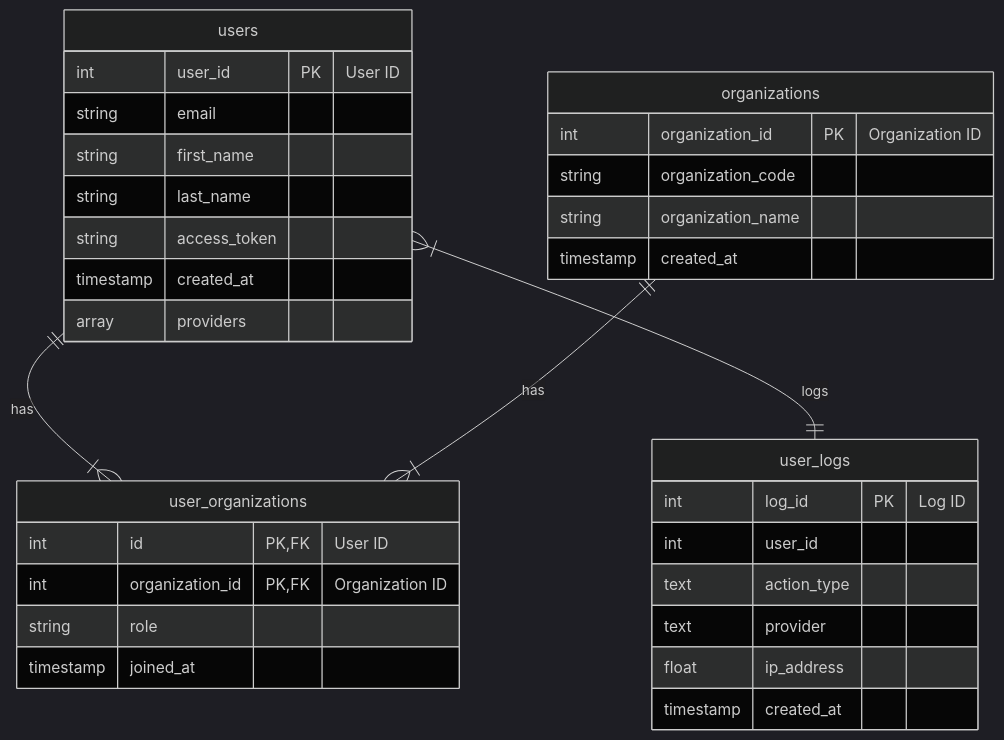
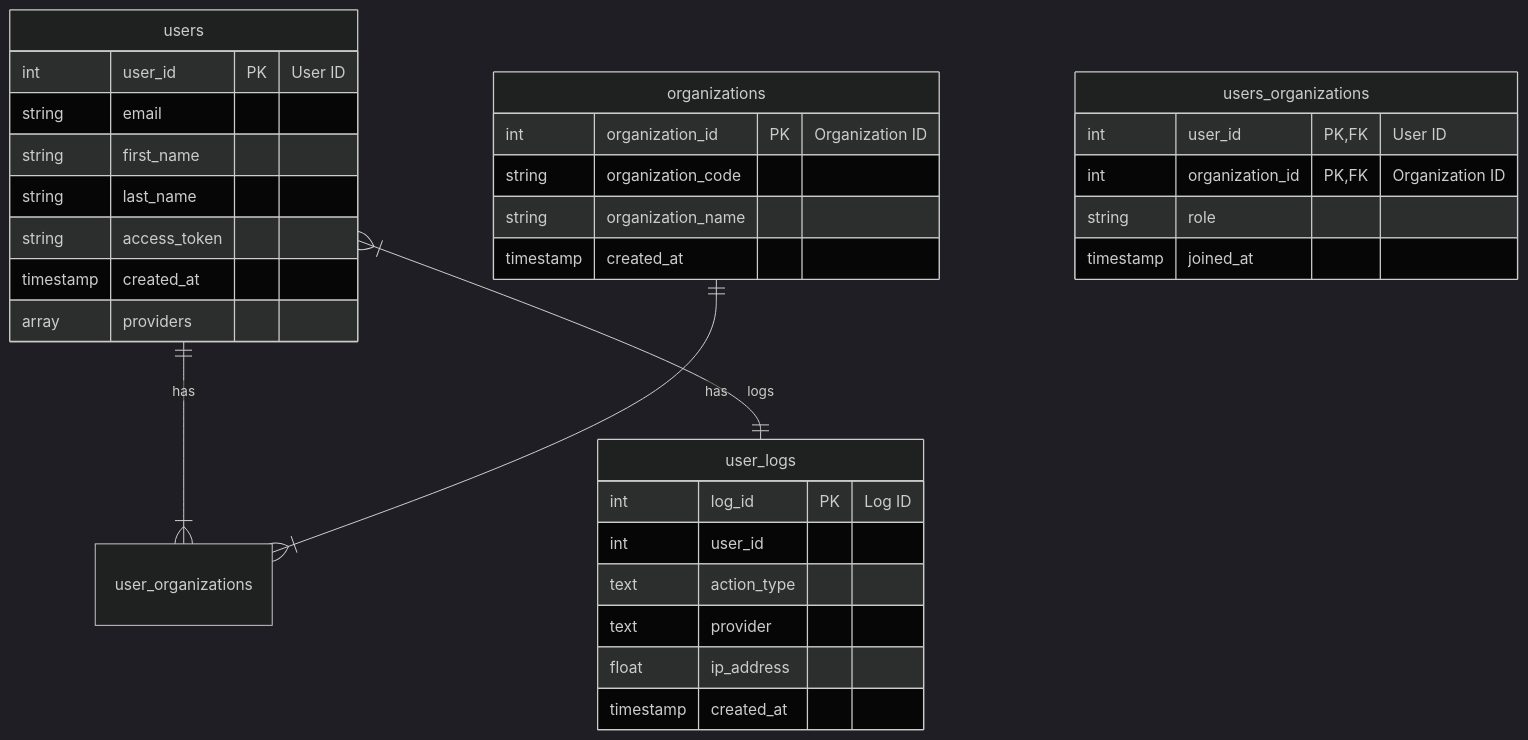
Before and after one commit to TanedW/premium_citydata_API_AB: the diagram in README.md, drawn with Mermaid (dark theme). The commit also changed other lines of this file, not shown here.

````diff
--- a/README.md
+++ b/README.md
@@ -4,39 +4,39 @@
 ```mermaid
 erDiagram
     users {
         int user_id PK "User ID"
         string email
         string first_name
         string last_name
         string access_token
         timestamp created_at
         array providers
     }
 
     organizations {
         int organization_id PK "Organization ID"
         string organization_code
         string organization_name
         timestamp created_at
     }
 
     user_logs {
         int log_id PK "Log ID"
         int user_id
         text action_type
         text provider
         float ip_address
         timestamp created_at
     }
 
-    user_organizations {
-        int id PK, FK "User ID"
+    users_organizations {
+        int user_id PK, FK "User ID"
         int organization_id PK, FK "Organization ID"
         string role
         timestamp joined_at
     }
 
     users ||--|{ user_organizations : "has"
     users }|--|| user_logs : "logs"
     organizations ||--|{ user_organizations : "has"
 ```
````
